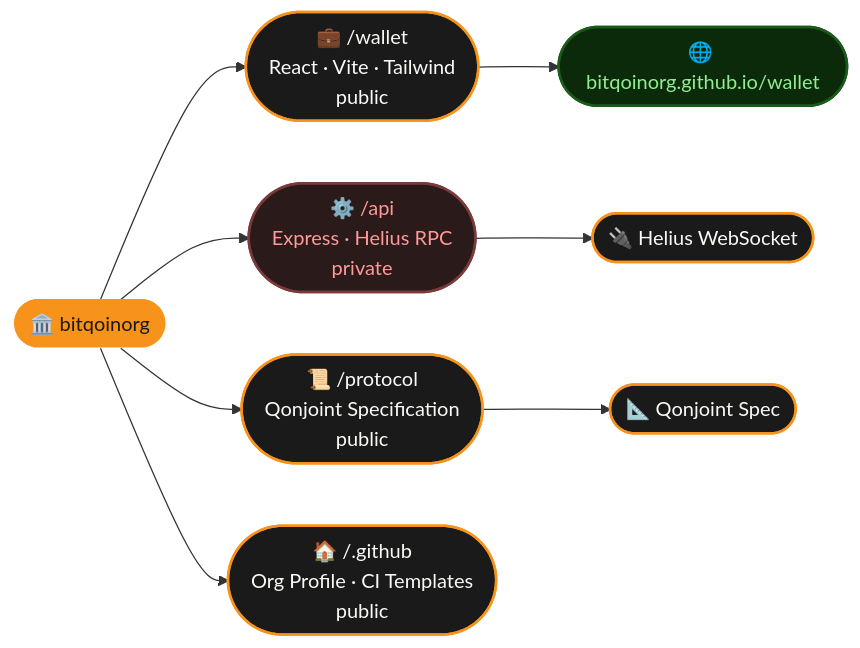
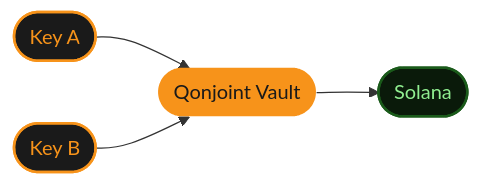
Before and after one commit to bitqoinorg/.github: the diagram in profile/README.md, drawn with Mermaid. The commit also changed other lines of this file, not shown here.

Commit message:
docs: update organization profile with team section

````diff
--- a/profile/README.md
+++ b/profile/README.md
@@ -112,27 +54,19 @@
 ```mermaid
-graph LR
-    classDef repo fill:#1a1a1a,color:#FAFAF5,stroke:#F7931A,stroke-width:2px,rx:10
-    classDef core fill:#F7931A,color:#1a1a1a,stroke:none,rx:10
-    classDef private fill:#2a1a1a,color:#ff9999,stroke:#7a3a3a,stroke-width:2px,rx:10
-    classDef live fill:#0a2a0a,color:#90ee90,stroke:#1a5a1a,stroke-width:2px,rx:10
+flowchart LR
+    classDef key fill:#1a1a1a,color:#F7931A,stroke:#F7931A,stroke-width:2px
+    classDef vault fill:#F7931A,color:#1a1a1a,stroke:none
+    classDef chain fill:#0a1a0a,color:#90ee90,stroke:#1a5a1a,stroke-width:2px
 
-    ORG(["🏛️ bitqoinorg"]):::core
+    KA(["Key A"]):::key
+    KB(["Key B"]):::key
+    V(["Qonjoint Vault"]):::vault
+    S(["Solana"]):::chain
 
-    ORG --> W(["💼 /wallet<br/>React · Vite · Tailwind<br/>public"]):::repo
-    ORG --> API(["⚙️ /api<br/>Express · Helius RPC<br/>private"]):::private
-    ORG --> P(["📜 /protocol<br/>Qonjoint Specification<br/>public"]):::repo
-    ORG --> GH(["🏠 /.github<br/>Org Profile · CI Templates<br/>public"]):::repo
+    KA --> V
+    KB --> V
+    V --> S
 
-    W --> D(["🌐 bitqoinorg.github.io/wallet"]):::live
-    API --> H(["🔌 Helius WebSocket"]):::repo
-    P --> SPEC(["📐 Qonjoint Spec"]):::repo
-
-    click ORG "https://github.com/bitqoinorg" "bitQoin organization"
-    click W "https://github.com/bitqoinorg/wallet" "Wallet repository"
-    click API "https://github.com/bitqoinorg/api" "API repository"
-    click P "https://github.com/bitqoinorg/protocol" "Protocol specification"
-    click GH "https://github.com/bitqoinorg/.github" "Org profile"
-    click D "https://bitqoinorg.github.io/wallet" "Live wallet"
-    click H "https://www.helius.dev" "Helius RPC"
-    click SPEC "https://github.com/bitqoinorg/protocol" "Qonjoint specification"
+    click KA "https://github.com/bitqoinorg/protocol" "Protocol spec"
+    click V "https://github.com/bitqoinorg/wallet" "Wallet repo"
+    click S "https://solana.com" "Solana"
 ```
````
